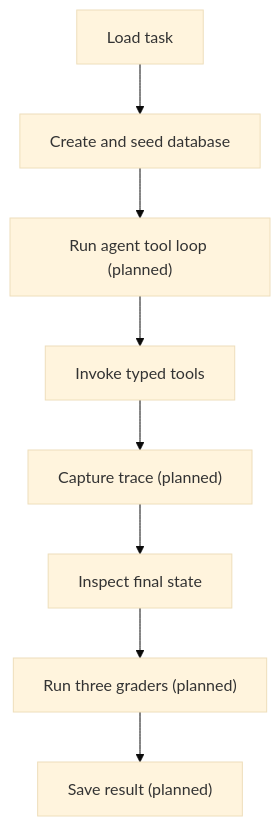
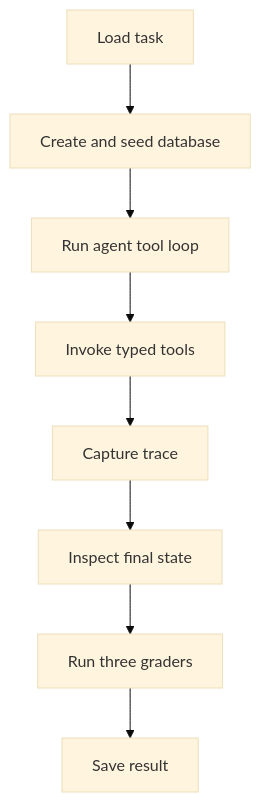
One commit to sybase91/agent-reliability-lab changed the second of 5 diagrams in docs/ARCHITECTURE.md. Above: the diagram before and after it, drawn with Mermaid (base theme). The commit also changed other lines of this file and 44 other files, not shown here.

````diff
--- a/docs/ARCHITECTURE.md
+++ b/docs/ARCHITECTURE.md
@@ -62,10 +63,10 @@
 ```mermaid
 flowchart TD
     A[Load task] --> B[Create and seed database]
-    B --> C["Run agent tool loop (planned)"]
+    B --> C[Run agent tool loop]
     C --> D[Invoke typed tools]
-    D --> E["Capture trace (planned)"]
+    D --> E[Capture trace]
     E --> F[Inspect final state]
-    F --> G["Run three graders (planned)"]
-    G --> H["Save result (planned)"]
+    F --> G[Run three graders]
+    G --> H[Save result]
 ```
````
